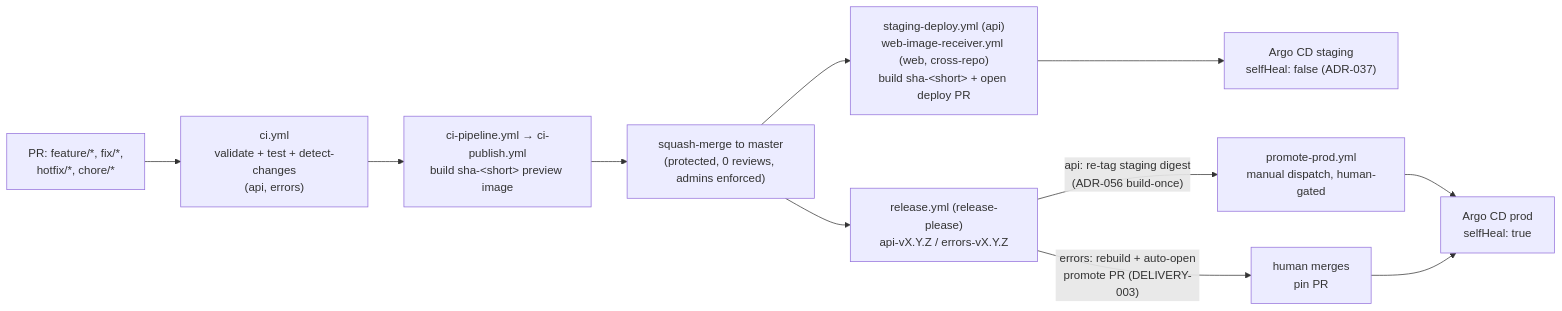
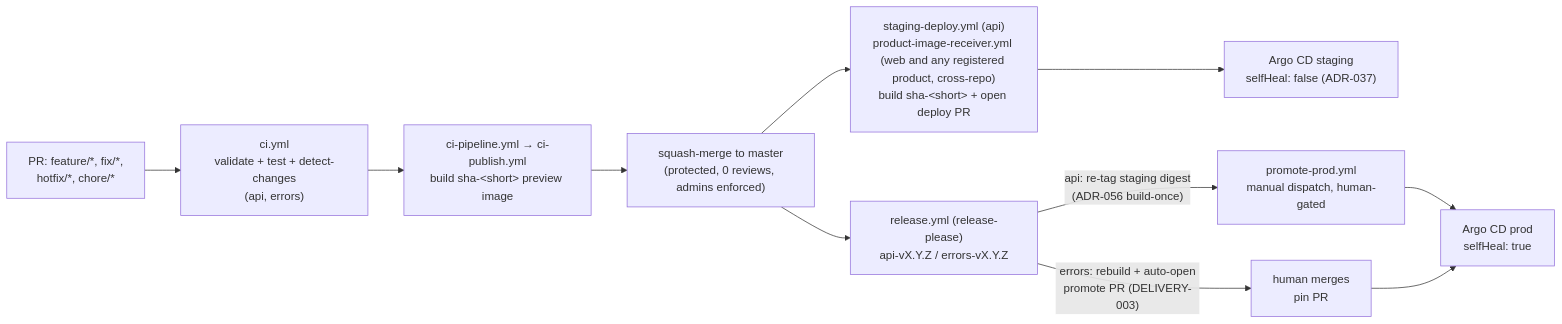
The diagram in docs/runbooks/cicd.md (mlorentedev/kubelab), drawn with Mermaid before and after one commit. The commit also changed other lines of this file and 5 other files, not shown here.

````diff
--- a/docs/runbooks/cicd.md
+++ b/docs/runbooks/cicd.md
@@ -34,13 +34,13 @@
 ```mermaid
 flowchart LR
     PR["PR: feature/*, fix/*,<br/>hotfix/*, chore/*"] --> CI["ci.yml<br/>validate + test + detect-changes<br/>(api, errors)"]
     CI --> BUILD["ci-pipeline.yml → ci-publish.yml<br/>build sha-&lt;short&gt; preview image"]
     BUILD --> MERGE["squash-merge to master<br/>(protected, 0 reviews, admins enforced)"]
-    MERGE --> SD["staging-deploy.yml (api)<br/>web-image-receiver.yml (web, cross-repo)<br/>build sha-&lt;short&gt; + open deploy PR"]
+    MERGE --> SD["staging-deploy.yml (api)<br/>product-image-receiver.yml (web and any registered product, cross-repo)<br/>build sha-&lt;short&gt; + open deploy PR"]
     SD --> AS["Argo CD staging<br/>selfHeal: false (ADR-037)"]
     MERGE --> RP["release.yml (release-please)<br/>api-vX.Y.Z / errors-vX.Y.Z"]
     RP -->|"api: re-tag staging digest<br/>(ADR-056 build-once)"| PP["promote-prod.yml<br/>manual dispatch, human-gated"]
     RP -->|"errors: rebuild + auto-open<br/>promote PR (DELIVERY-003)"| PPE["human merges<br/>pin PR"]
     PP --> AP["Argo CD prod<br/>selfHeal: true"]
     PPE --> AP
 ```
````
